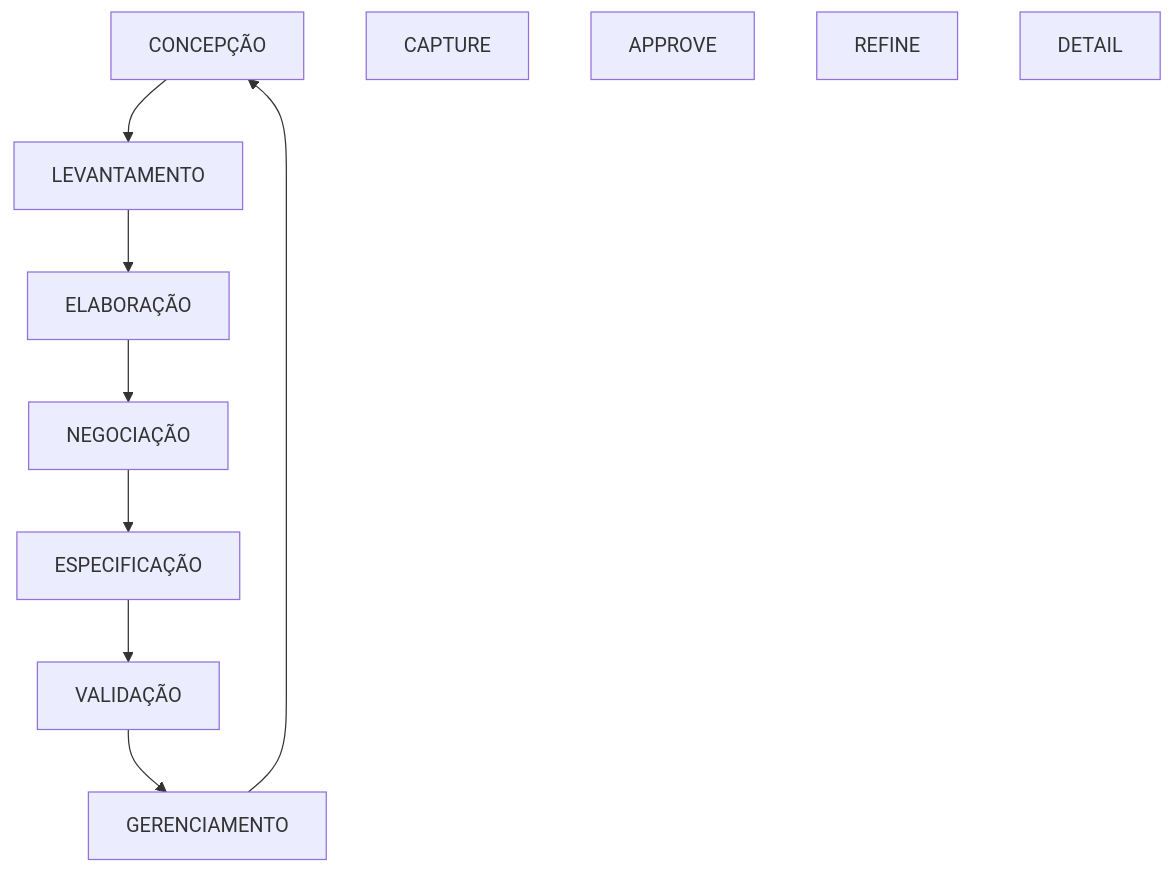
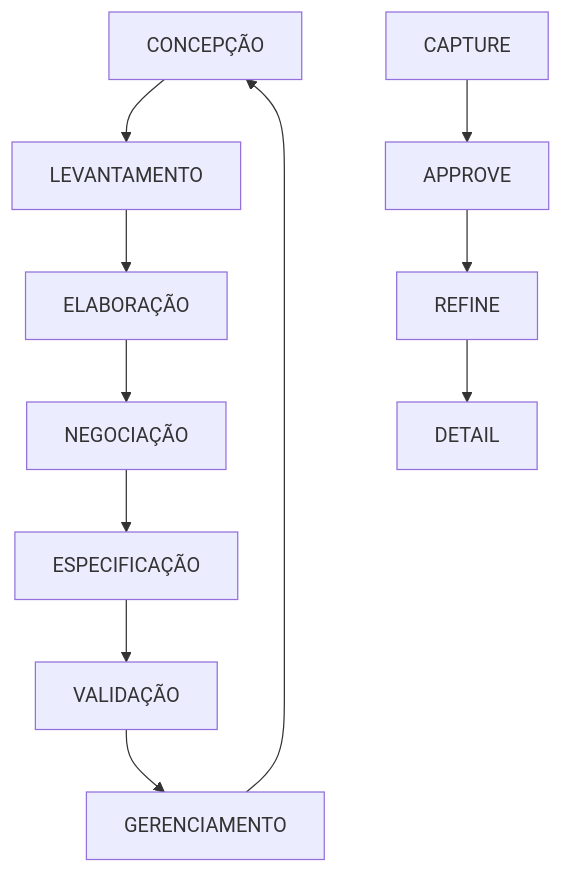
One commit to ericmds/3-Semestre changed the diagram in Engenharia e Requisitos de Software/Aula 02.04.25.md. Above: the diagram before and after it, drawn with Mermaid.

Commit message:
Update Aula 02.04.25.md

````diff
--- a/Engenharia e Requisitos de Software/Aula 02.04.25.md
+++ b/Engenharia e Requisitos de Software/Aula 02.04.25.md
@@ -2,15 +2,14 @@
   ```mermaid
   graph TD;
     CONCEPÇÃO-->LEVANTAMENTO
     LEVANTAMENTO-->ELABORAÇÃO
     ELABORAÇÃO-->NEGOCIAÇÃO
     NEGOCIAÇÃO-->ESPECIFICAÇÃO
     ESPECIFICAÇÃO-->VALIDAÇÃO
     VALIDAÇÃO-->GERENCIAMENTO
     GERENCIAMENTO-->CONCEPÇÃO
 
-    CAPTURE
-    APPROVE
-    REFINE
-    DETAIL
+    CAPTURE-->APPROVE
+    APPROVE-->REFINE
+    REFINE-->DETAIL
   ```
````
